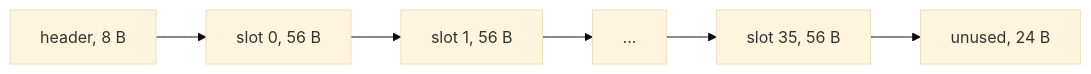
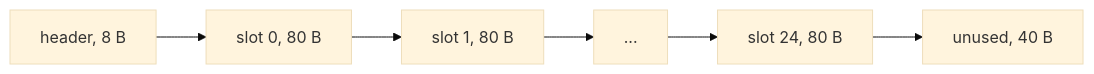
The seventh of 14 diagrams in firmware/stage0-node/App/node_store.lit.md (clintecker/weather-station-2026), drawn with Mermaid (base theme) before and after one commit. The commit also changed other lines of this file and 3 other files, not shown here.

````diff
--- a/firmware/stage0-node/App/node_store.lit.md
+++ b/firmware/stage0-node/App/node_store.lit.md
@@ -640,4 +641,4 @@
 ```mermaid
 flowchart LR
-    H["header, 8 B"] --> S0["slot 0, 56 B"] --> S1["slot 1, 56 B"] --> D["..."] --> S35["slot 35, 56 B"] --> U["unused, 24 B"]
+    H["header, 8 B"] --> S0["slot 0, 80 B"] --> S1["slot 1, 80 B"] --> D["..."] --> S24["slot 24, 80 B"] --> U["unused, 40 B"]
 ```
````
